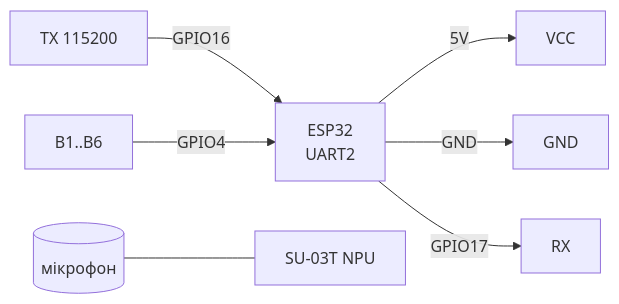
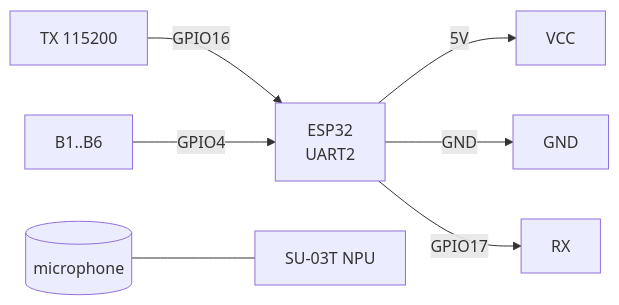
One commit to ksalab/embedded-reference changed the fourth of 4 diagrams in obsidian_vault/ESP32-Reference/EN/12-Comm-Modules/08-LD2410-UWB-IR-Voice.en.md. Above: the diagram before and after it, drawn with Mermaid. The commit also changed other lines of this file and 76 other files, not shown here.

````diff
--- a/obsidian_vault/ESP32-Reference/EN/12-Comm-Modules/08-LD2410-UWB-IR-Voice.en.md
+++ b/obsidian_vault/ESP32-Reference/EN/12-Comm-Modules/08-LD2410-UWB-IR-Voice.en.md
@@ -197,9 +197,9 @@
 ```mermaid
 graph LR
     ESP32[ESP32<br/>UART2] -->|5V| VCC[VCC]
     ESP32 -->|GND| GNDM[GND]
     TXM[TX 115200] -->|GPIO16| ESP32
     ESP32 -->|GPIO17| RXM[RX]
     B1[B1..B6] -->|GPIO4| ESP32
-    MIC[(мікрофон)] --- AU[SU-03T NPU]
+    MIC[(microphone)] --- AU[SU-03T NPU]
 ```
````
